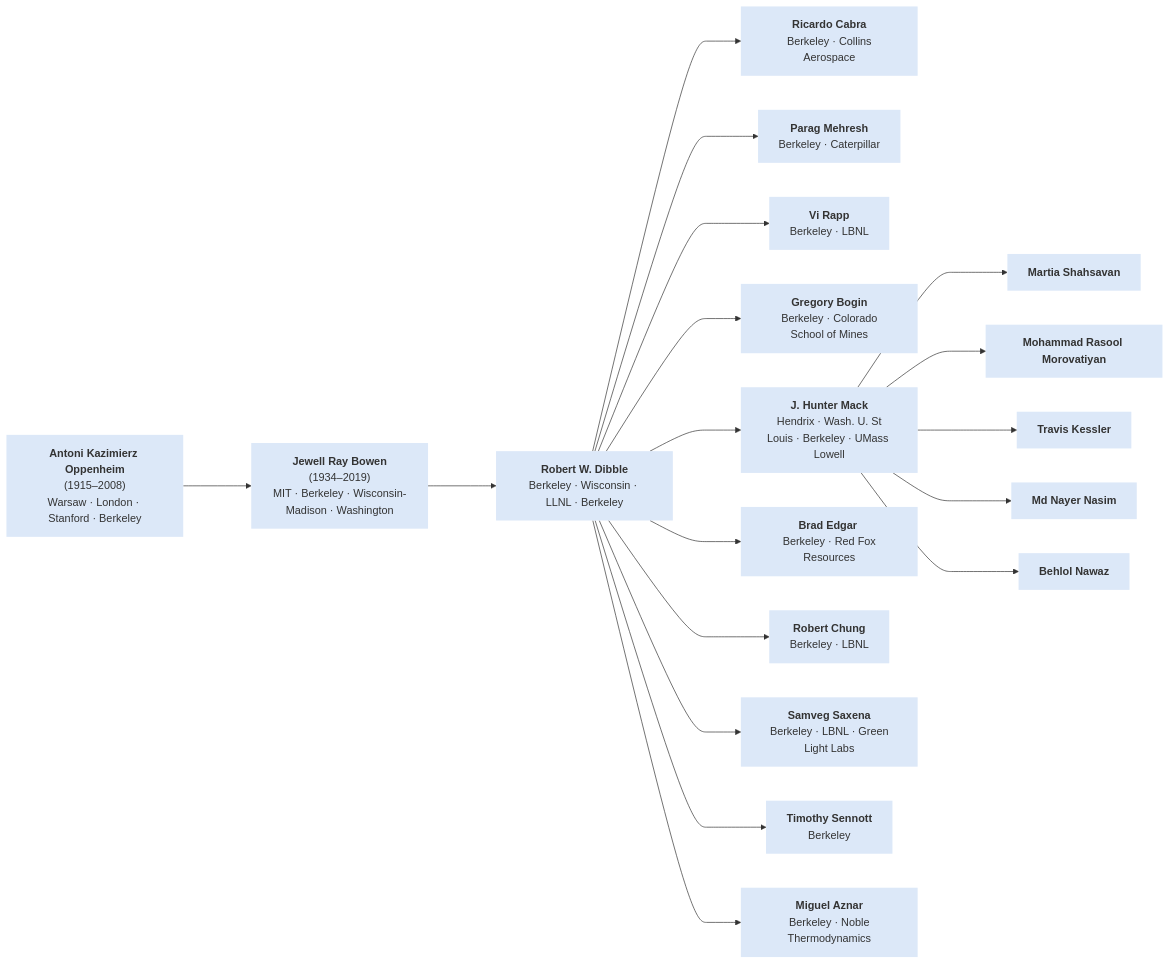
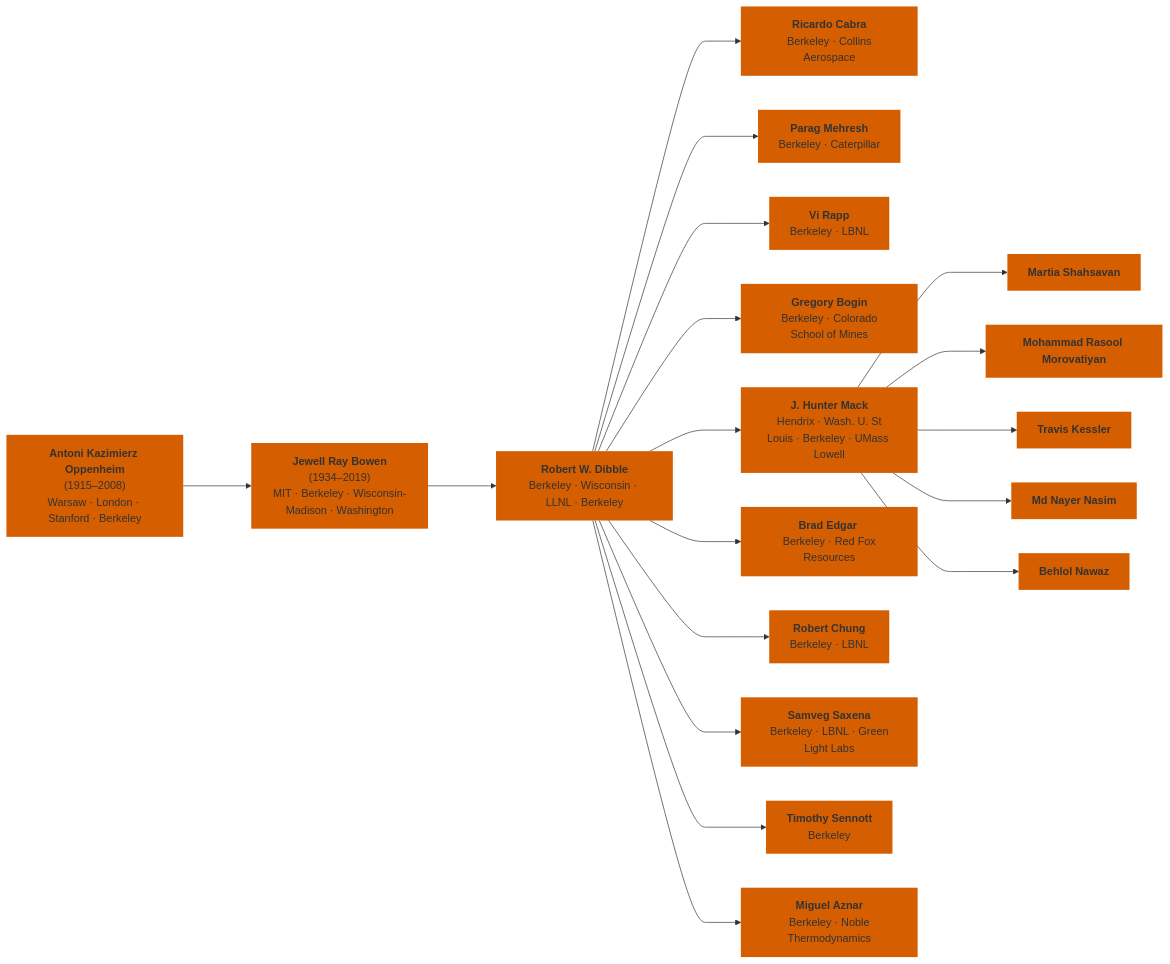
Before and after one commit to bnawaz95/ECRL-acad-tree: the diagram in acad_tree.md, drawn with Mermaid.

````diff
--- a/acad_tree.md
+++ b/acad_tree.md
@@ -1,48 +1,48 @@
 ```mermaid
 graph LR
     A["<b>Antoni Kazimierz Oppenheim</b><br/>(1915–2008)<br/>Warsaw · London · Stanford · Berkeley"]
 
     B["<b>Jewell Ray Bowen</b><br/>(1934–2019)<br/>MIT · Berkeley · Wisconsin-Madison · Washington"]
 
     C["<b>Robert W. Dibble</b><br/>Berkeley · Wisconsin · LLNL · Berkeley"]
 
     D1["<b>Ricardo Cabra</b><br/> Berkeley · Collins Aerospace"]
     D2["<b>Parag Mehresh</b><br/> Berkeley · Caterpillar"]
     D3["<b>Vi Rapp</b><br/> Berkeley · LBNL"]
     D4["<b>Gregory Bogin</b><br/> Berkeley · Colorado School of Mines"]
     D0["<b>J. Hunter Mack</b><br/> Hendrix · Wash. U. St Louis · Berkeley · UMass Lowell"]
     D5["<b>Brad Edgar </b><br/> Berkeley · Red Fox Resources"]
     D6["<b>Robert Chung</b><br/> Berkeley · LBNL"]
     D7["<b>Samveg Saxena</b><br/> Berkeley · LBNL · Green Light Labs"]
     D8["<b>Timothy Sennott</b><br/> Berkeley"]
     D9["<b>Miguel Aznar</b><br/> Berkeley · Noble Thermodynamics"]
 
     E["<b>Martia Shahsavan</b>"]
     F["<b>Mohammad Rasool Morovatiyan</b>"]
     G["<b>Travis Kessler</b>"]
     H["<b>Md Nayer Nasim</b>"]
     I["<b>Behlol Nawaz</b>"]
 
     A ---> B
     B ---> C
 
     C ---> D0
     C ---> D1
     C ---> D2
     C ---> D3
     C ---> D4
     C ---> D5
     C ---> D6
     C ---> D7
     C ---> D8
     C ---> D9
 
     D0 ---> E
     D0 ---> F
     D0 ---> G
     D0 ---> H
     D0 ---> I
 
-classDef noBorder stroke:none,stroke-width:0px,fill:#dce8f8;
+classDef noBorder stroke:none,stroke-width:0px,fill:#D55E00;
 class A,B,C,D0,D1,D2,D3,D4,D5,D6,D6,D7,D8,D9,E,F,G,H,I, noBorder
 ```
````
